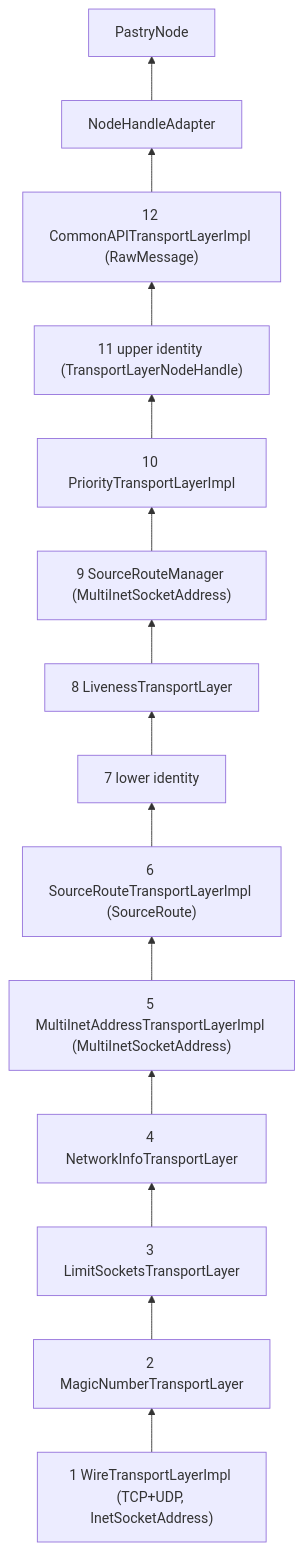
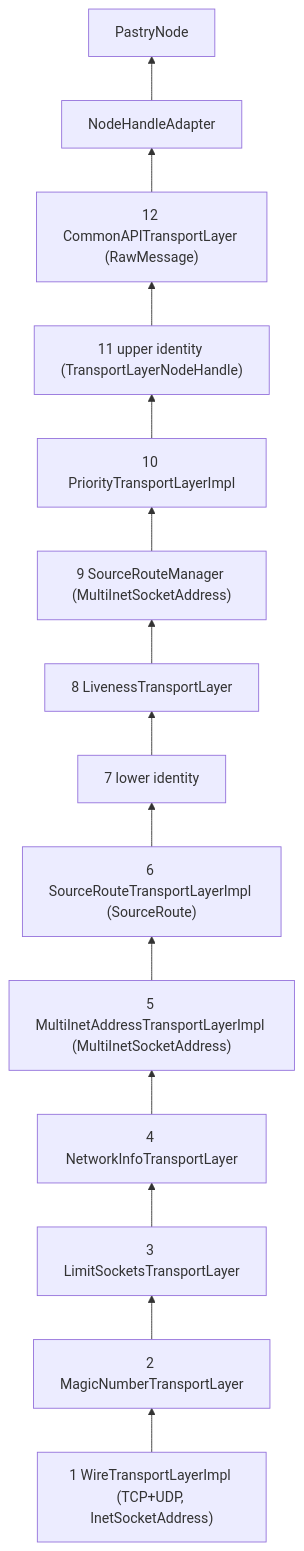
One commit to damoeb/freepastry changed the second of 2 diagrams in docs/ARCHITECTURE.md. Above: the diagram before and after it, drawn with Mermaid. The commit also changed other lines of this file and 6 other files, not shown here.

First line of the commit message:
r: collapse CommonAPITransportLayer and CommonAPITransportLayerImpl into CommonAPITransportLayer

````diff
--- a/docs/ARCHITECTURE.md
+++ b/docs/ARCHITECTURE.md
@@ -219,7 +219,7 @@
 ```mermaid
 flowchart BT
   W["1 WireTransportLayerImpl (TCP+UDP, InetSocketAddress)"] --> M["2 MagicNumberTransportLayer"] --> LS["3 LimitSocketsTransportLayer"] --> NI["4 NetworkInfoTransportLayer"]
   NI --> MA["5 MultiInetAddressTransportLayerImpl (MultiInetSocketAddress)"] --> SR["6 SourceRouteTransportLayerImpl (SourceRoute)"] --> LI["7 lower identity"] --> LV["8 LivenessTransportLayer"]
-  LV --> SRM["9 SourceRouteManager (MultiInetSocketAddress)"] --> PR["10 PriorityTransportLayerImpl"] --> UI["11 upper identity (TransportLayerNodeHandle)"] --> CA["12 CommonAPITransportLayerImpl (RawMessage)"]
+  LV --> SRM["9 SourceRouteManager (MultiInetSocketAddress)"] --> PR["10 PriorityTransportLayerImpl"] --> UI["11 upper identity (TransportLayerNodeHandle)"] --> CA["12 CommonAPITransportLayer (RawMessage)"]
   CA --> NHA["NodeHandleAdapter"] --> PN["PastryNode"]
 ```
````
